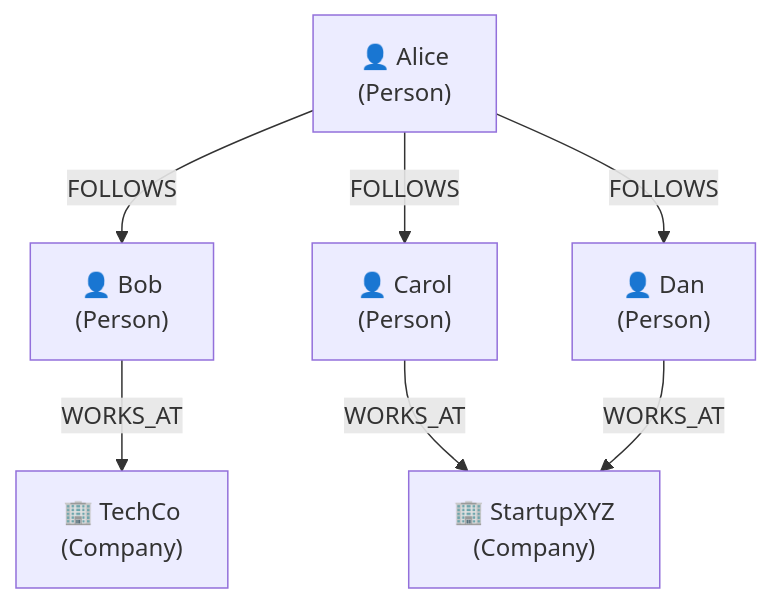
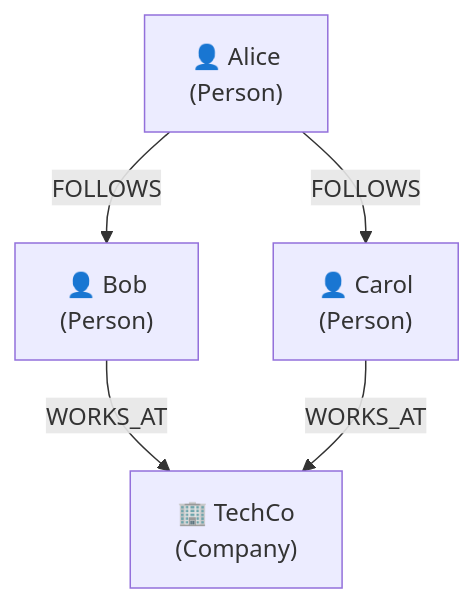
Before and after one commit to gameguild-gg/gameguild: the second of 2 diagrams in apps/web/src/data/courses/databases/01-introduction/03-db-zoo.md, drawn with Mermaid. The commit also changed other lines of this file and 2 other files, not shown here.

````diff
--- a/apps/web/src/data/courses/databases/01-introduction/03-db-zoo.md
+++ b/apps/web/src/data/courses/databases/01-introduction/03-db-zoo.md
@@ -308,16 +327,12 @@
 ```mermaid
 graph TD
     Alice["👤 Alice<br/>(Person)"]
     Bob["👤 Bob<br/>(Person)"]
     Carol["👤 Carol<br/>(Person)"]
-    Dan["👤 Dan<br/>(Person)"]
     TechCo["🏢 TechCo<br/>(Company)"]
-    StartupXYZ["🏢 StartupXYZ<br/>(Company)"]
 
     Alice -->|FOLLOWS| Bob
     Alice -->|FOLLOWS| Carol
-    Alice -->|FOLLOWS| Dan
     Bob -->|WORKS_AT| TechCo
-    Carol -->|WORKS_AT| StartupXYZ
-    Dan -->|WORKS_AT| StartupXYZ
+    Carol -->|WORKS_AT| TechCo
 ```
````
